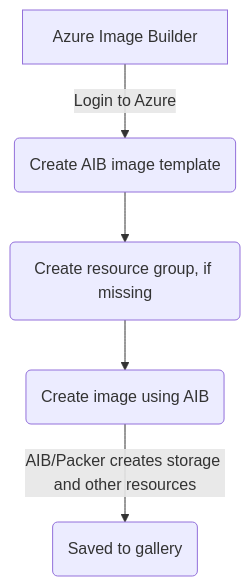
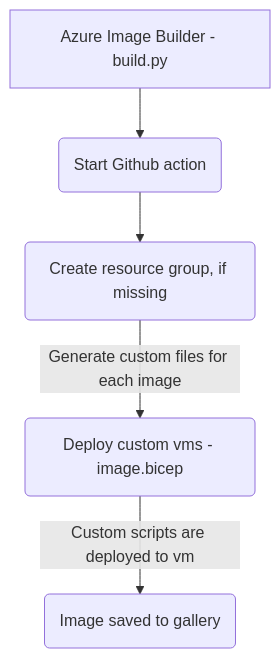
The second of 4 diagrams in README.md (Azure/dev-box-images), drawn with Mermaid before and after one commit. The commit also changed other lines of this file and 3 other files, not shown here.

````diff
--- a/README.md
+++ b/README.md
@@ -103,7 +103,7 @@
 ```mermaid
 graph TD
-    A[Azure Image Builder ] --> |Login to Azure| B(Create AIB image template)
+    A[Azure Image Builder - build.py ] --> B(Start Github action)
     B --> C(Create resource group, if missing)
-    C --> D(Create image using AIB)
-    D --> |AIB/Packer creates storage and other resources|E(Saved to gallery)
+    C --> |Generate custom files for each image| D(Deploy custom vms - image.bicep)
+    D --> |Custom scripts are deployed to vm |E(Image saved to gallery)
 ```
````
